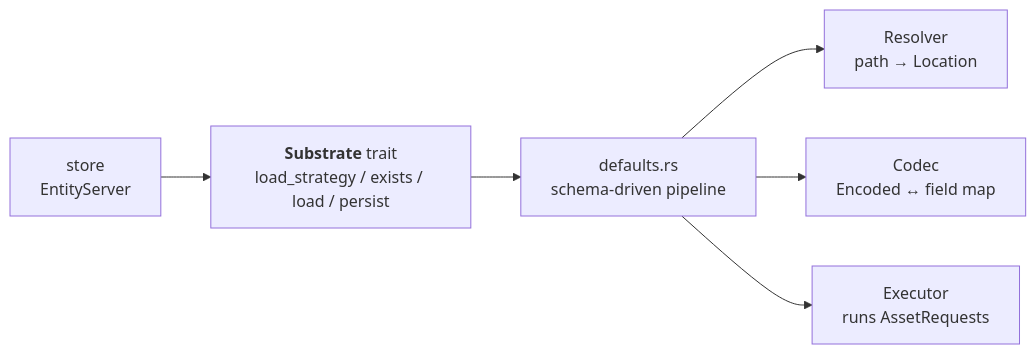
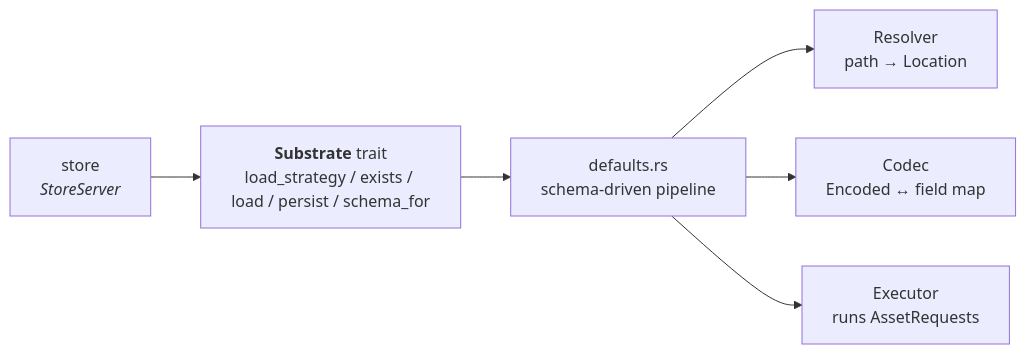
Before and after one commit to Gubbi/pari: the first of 2 diagrams in docs/design/layers/substrate.md, drawn with Mermaid. The commit also changed other lines of this file, not shown here.

First line of the commit message:
Refresh substrate doc for JSON wire boundary and ref-typed surface

````diff
--- a/docs/design/layers/substrate.md
+++ b/docs/design/layers/substrate.md
@@ -35,14 +38,14 @@
 ```mermaid
 flowchart LR
-    store["store<br/>EntityServer"]
-    trait["<b>Substrate</b> trait<br/>load_strategy / exists / load / persist"]
+    store["store<br/><i>StoreServer</i>"]
+    trait["<b>Substrate</b> trait<br/>load_strategy / exists / load / persist / schema_for"]
     defaults["defaults.rs<br/>schema-driven pipeline"]
     res["Resolver<br/>path → Location"]
     cod["Codec<br/>Encoded ↔ field map"]
     ex["Executor<br/>runs AssetRequests"]
 
     store --> trait --> defaults
     defaults --> res
     defaults --> cod
     defaults --> ex
 ```
````
